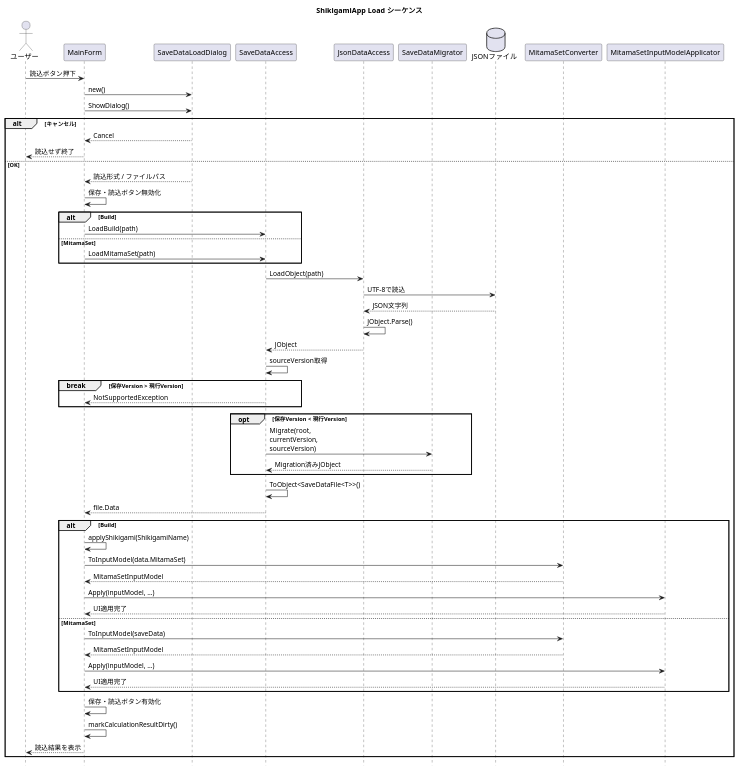
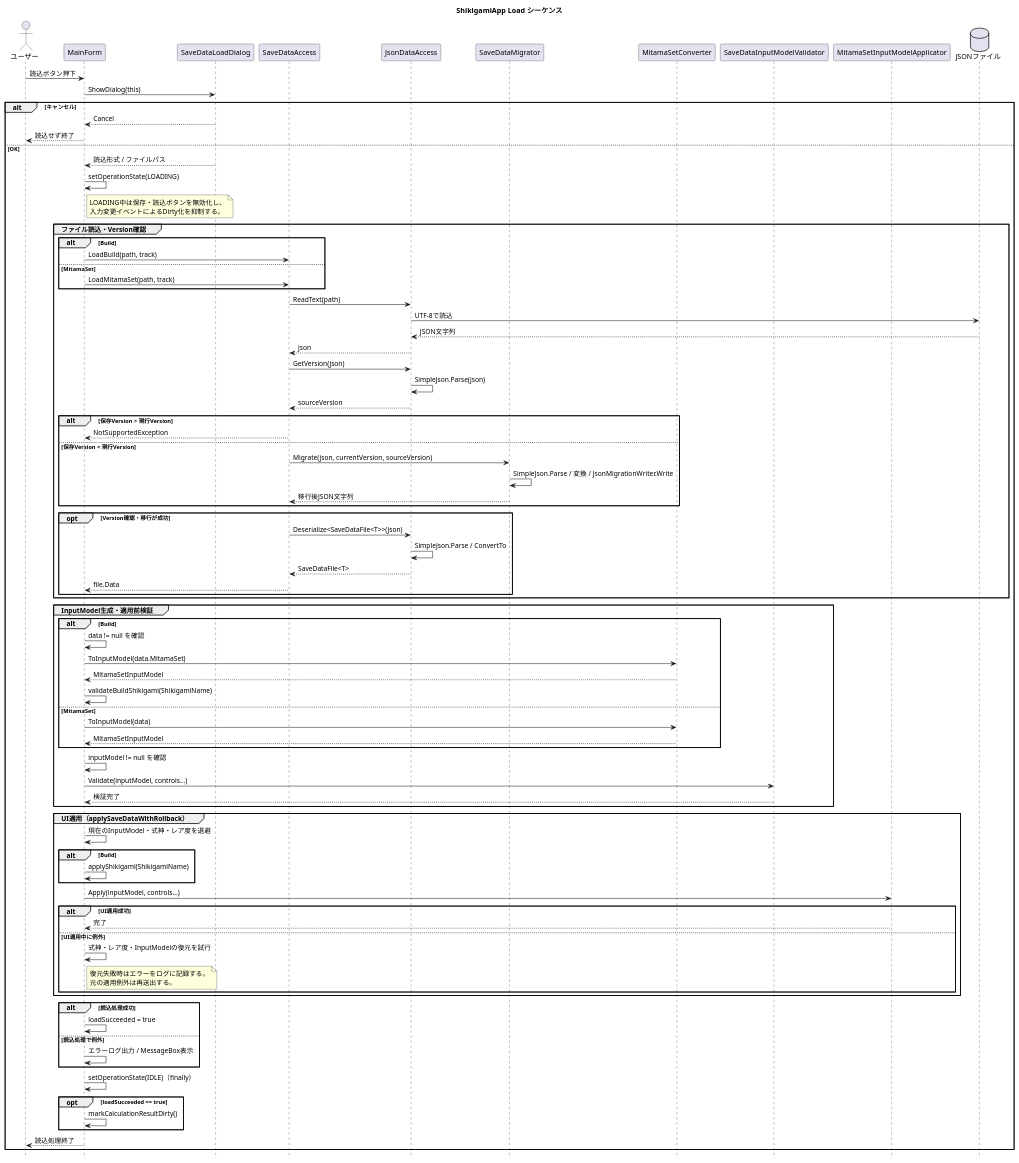
The diagram in Document/ShikigamiApp/Diagram/SaveData/load_sequence.wsd (Staraptor0398/ShikigamiStatusCalculator), drawn with PlantUML before and after one commit. The commit also changed 7 other files, not shown here.

```diff
--- a/Document/ShikigamiApp/Diagram/SaveData/load_sequence.wsd
+++ b/Document/ShikigamiApp/Diagram/SaveData/load_sequence.wsd
@@ -1,83 +1,107 @@
 @startuml
 title ShikigamiApp Load シーケンス
 
 hide footbox
 
 actor "ユーザー" as User
-
 participant "MainForm" as MainForm
 participant "SaveDataLoadDialog" as LoadDialog
-
 participant "SaveDataAccess" as SaveDataAccess
 participant "JsonDataAccess" as JsonDataAccess
 participant "SaveDataMigrator" as Migrator
-
+participant "MitamaSetConverter" as MitamaSetConverter
+participant "SaveDataInputModelValidator" as InputValidator
+participant "MitamaSetInputModelApplicator" as InputModelApplicator
 database "JSONファイル" as JsonFile
 
-participant "MitamaSetConverter" as MitamaSetConverter
-participant "MitamaSetInputModelApplicator" as InputModelApplicator
-
 User -> MainForm : 読込ボタン押下
-
-MainForm -> LoadDialog : new()
-MainForm -> LoadDialog : ShowDialog()
+MainForm -> LoadDialog : ShowDialog(this)
 
 alt キャンセル
-   LoadDialog --> MainForm : Cancel
-   MainForm --> User : 読込せず終了
+    LoadDialog --> MainForm : Cancel
+    MainForm --> User : 読込せず終了
+else OK
+    LoadDialog --> MainForm : 読込形式 / ファイルパス
+    MainForm -> MainForm : setOperationState(LOADING)
+    note right of MainForm
+        LOADING中は保存・読込ボタンを無効化し、
+        入力変更イベントによるDirty化を抑制する。
+    end note
 
-else OK
-   LoadDialog --> MainForm : 読込形式 / ファイルパス
+    group ファイル読込・Version確認
+        alt Build
+            MainForm -> SaveDataAccess : LoadBuild(path, track)
+        else MitamaSet
+            MainForm -> SaveDataAccess : LoadMitamaSet(path, track)
+        end
 
-   MainForm -> MainForm : 保存・読込ボタン無効化
+        SaveDataAccess -> JsonDataAccess : ReadText(path)
+        JsonDataAccess -> JsonFile : UTF-8で読込
+        JsonFile --> JsonDataAccess : JSON文字列
+        JsonDataAccess --> SaveDataAccess : json
+        SaveDataAccess -> JsonDataAccess : GetVersion(json)
+        JsonDataAccess -> JsonDataAccess : SimpleJson.Parse(json)
+        JsonDataAccess --> SaveDataAccess : sourceVersion
 
-   alt Build
-       MainForm -> SaveDataAccess : LoadBuild(path)
-   else MitamaSet
-       MainForm -> SaveDataAccess : LoadMitamaSet(path)
-   end
+        alt 保存Version > 現行Version
+            SaveDataAccess --> MainForm : NotSupportedException
+        else 保存Version < 現行Version
+            SaveDataAccess -> Migrator : Migrate(json, currentVersion, sourceVersion)
+            Migrator -> Migrator : SimpleJson.Parse / 変換 / JsonMigrationWriter.Write
+            Migrator --> SaveDataAccess : 移行後JSON文字列
+        end
 
-   SaveDataAccess -> JsonDataAccess : LoadObject(path)
-   JsonDataAccess -> JsonFile : UTF-8で読込
-   JsonFile --> JsonDataAccess : JSON文字列
-   JsonDataAccess -> JsonDataAccess : JObject.Parse()
-   JsonDataAccess --> SaveDataAccess : JObject
+        opt Version確認・移行が成功
+            SaveDataAccess -> JsonDataAccess : Deserialize<SaveDataFile<T>>(json)
+            JsonDataAccess -> JsonDataAccess : SimpleJson.Parse / ConvertTo
+            JsonDataAccess --> SaveDataAccess : SaveDataFile<T>
+            SaveDataAccess --> MainForm : file.Data
+        end
+    end
 
-   SaveDataAccess -> SaveDataAccess : sourceVersion取得
+    group InputModel生成・適用前検証
+        alt Build
+            MainForm -> MainForm : data != null を確認
+            MainForm -> MitamaSetConverter : ToInputModel(data.MitamaSet)
+            MitamaSetConverter --> MainForm : MitamaSetInputModel
+            MainForm -> MainForm : validateBuildShikigami(ShikigamiName)
+        else MitamaSet
+            MainForm -> MitamaSetConverter : ToInputModel(data)
+            MitamaSetConverter --> MainForm : MitamaSetInputModel
+        end
+        MainForm -> MainForm : inputModel != null を確認
+        MainForm -> InputValidator : Validate(inputModel, controls...)
+        InputValidator --> MainForm : 検証完了
+    end
 
-   break 保存Version > 現行Version
-       SaveDataAccess --> MainForm : NotSupportedException
-   end
+    group UI適用（applySaveDataWithRollback）
+        MainForm -> MainForm : 現在のInputModel・式神・レア度を退避
+        alt Build
+            MainForm -> MainForm : applyShikigami(ShikigamiName)
+        end
+        MainForm -> InputModelApplicator : Apply(inputModel, controls...)
+        alt UI適用成功
+            InputModelApplicator --> MainForm : 完了
+        else UI適用中に例外
+            MainForm -> MainForm : 式神・レア度・InputModelの復元を試行
+            note right of MainForm
+                復元失敗時はエラーをログに記録する。
+                元の適用例外は再送出する。
+            end note
+        end
+    end
 
-   opt 保存Version < 現行Version
-       SaveDataAccess -> Migrator : Migrate(root,\ncurrentVersion,\nsourceVersion)
-       Migrator --> SaveDataAccess : Migration済みJObject
-   end
+    alt 読込処理成功
+        MainForm -> MainForm : loadSucceeded = true
+    else 読込処理で例外
+        MainForm -> MainForm : エラーログ出力 / MessageBox表示
+    end
 
-   SaveDataAccess -> SaveDataAccess : ToObject<SaveDataFile<T>>()
-   SaveDataAccess --> MainForm : file.Data
-
-   alt Build
-       MainForm -> MainForm : applyShikigami(ShikigamiName)
-
-       MainForm -> MitamaSetConverter : ToInputModel(data.MitamaSet)
-       MitamaSetConverter --> MainForm : MitamaSetInputModel
-
-       MainForm -> InputModelApplicator : Apply(inputModel, ...)
-       InputModelApplicator --> MainForm : UI適用完了
-
-   else MitamaSet
-       MainForm -> MitamaSetConverter : ToInputModel(saveData)
-       MitamaSetConverter --> MainForm : MitamaSetInputModel
-
-       MainForm -> InputModelApplicator : Apply(inputModel, ...)
-       InputModelApplicator --> MainForm : UI適用完了
-   end
-
-   MainForm -> MainForm : 保存・読込ボタン有効化
-   MainForm -> MainForm : markCalculationResultDirty()
-
-   MainForm --> User : 読込結果を表示
+    MainForm -> MainForm : setOperationState(IDLE)（finally）
+    opt loadSucceeded == true
+        MainForm -> MainForm : markCalculationResultDirty()
+    end
+    MainForm --> User : 読込処理終了
 end
 
 @enduml
```
